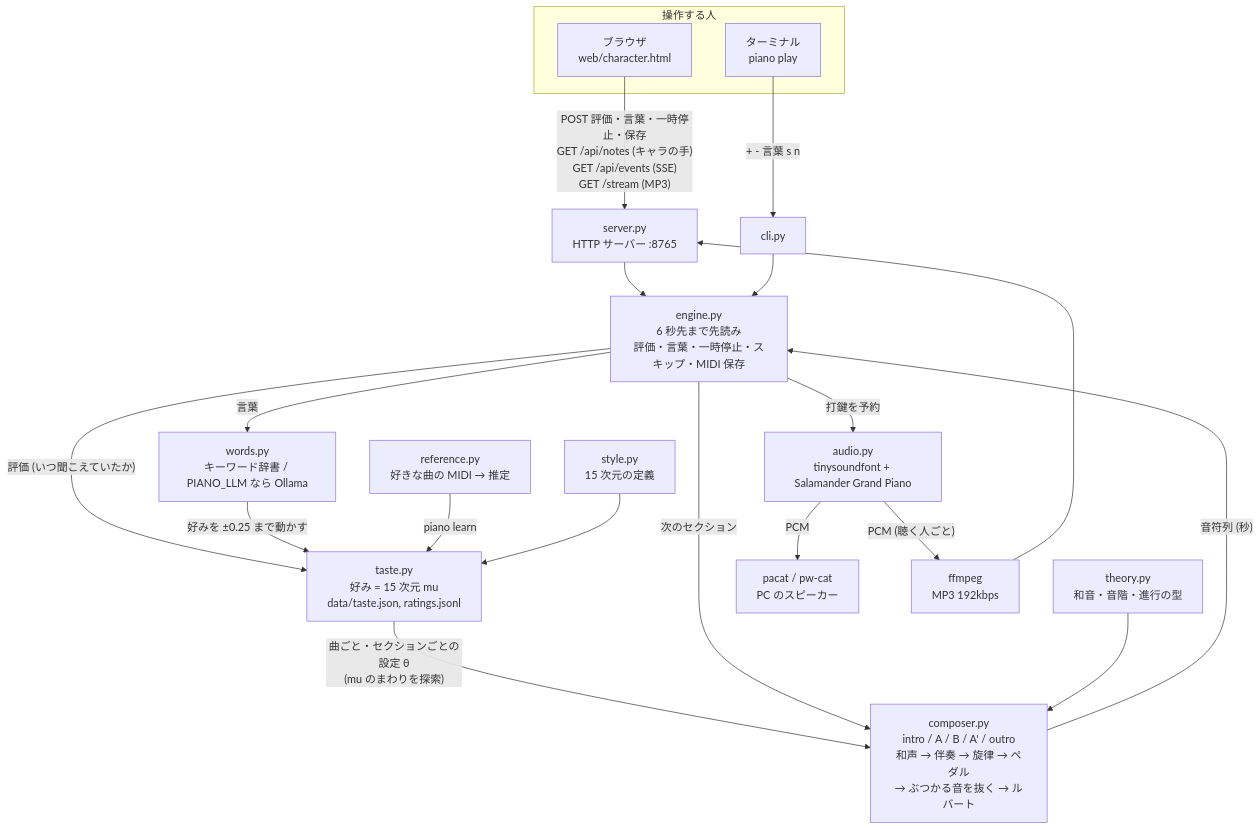
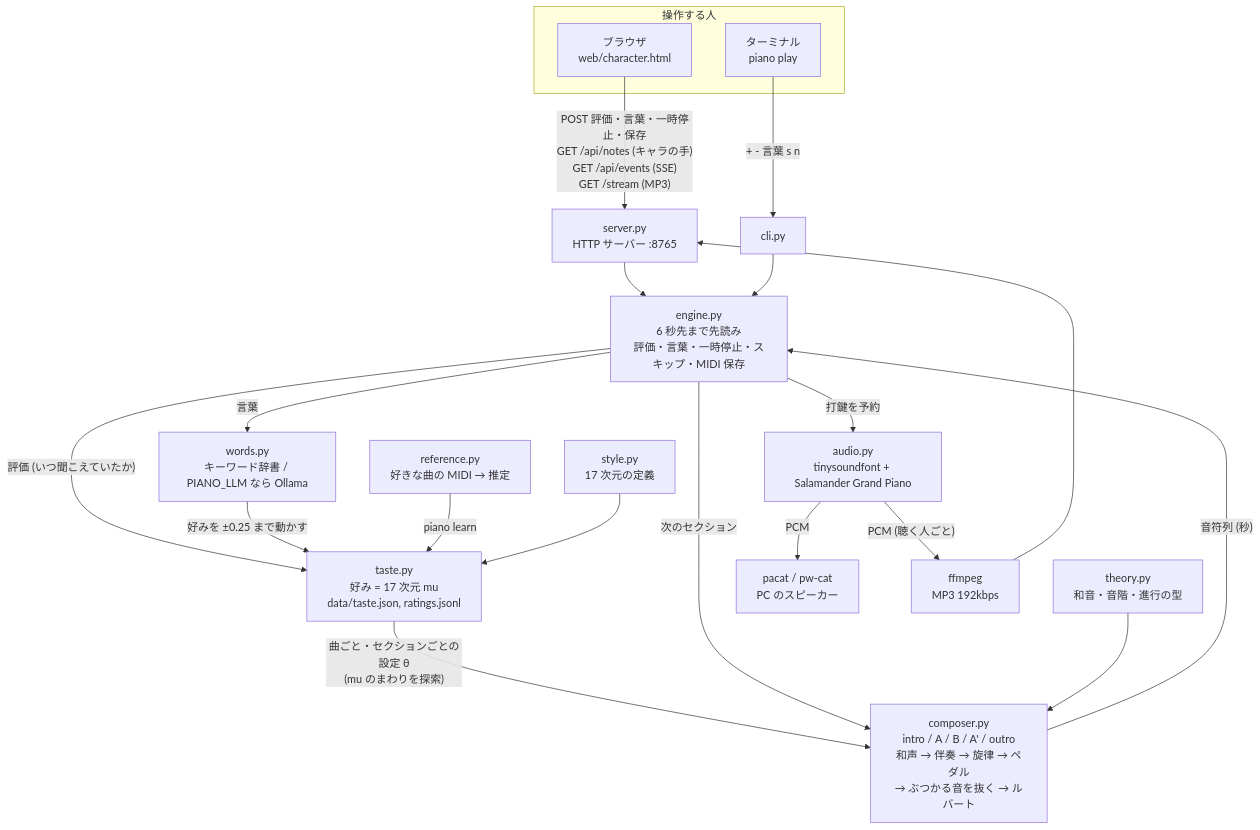
The diagram in docs/architecture.md (oyako-li/piano-improv), drawn with Mermaid before and after one commit. The commit also changed other lines of this file and 30 other files, not shown here.

````diff
--- a/docs/architecture.md
+++ b/docs/architecture.md
@@ -5,32 +5,32 @@
 ```mermaid
 flowchart TD
     subgraph U["操作する人"]
         B["ブラウザ<br/>web/character.html"]
         T["ターミナル<br/>piano play"]
     end
 
     B -- "POST 評価・言葉・一時停止・保存<br/>GET /api/notes (キャラの手)<br/>GET /api/events (SSE)<br/>GET /stream (MP3)" --> S["server.py<br/>HTTP サーバー :8765"]
     T -- "+ - 言葉 s n" --> C["cli.py"]
     S --> E
     C --> E
 
     E["engine.py<br/>6 秒先まで先読み<br/>評価・言葉・一時停止・スキップ・MIDI 保存"]
 
     E -- "評価 (いつ聞こえていたか)" --> TA
     E -- "言葉" --> W["words.py<br/>キーワード辞書 / PIANO_LLM なら Ollama"]
     W -- "好みを ±0.25 まで動かす" --> TA
     R["reference.py<br/>好きな曲の MIDI → 推定"] -- "piano learn" --> TA
 
-    TA["taste.py<br/>好み = 15 次元 mu<br/>data/taste.json, ratings.jsonl"]
+    TA["taste.py<br/>好み = 17 次元 mu<br/>data/taste.json, ratings.jsonl"]
     TA -- "曲ごと・セクションごとの設定 θ<br/>(mu のまわりを探索)" --> CO
 
     E -- "次のセクション" --> CO["composer.py<br/>intro / A / B / A' / outro<br/>和声 → 伴奏 → 旋律 → ペダル<br/>→ ぶつかる音を抜く → ルバート"]
     TH["theory.py<br/>和音・音階・進行の型"] --> CO
-    ST["style.py<br/>15 次元の定義"] --> TA
+    ST["style.py<br/>17 次元の定義"] --> TA
     CO -- "音符列 (秒)" --> E
 
     E -- "打鍵を予約" --> A["audio.py<br/>tinysoundfont + Salamander Grand Piano"]
     A -- "PCM" --> SP["pacat / pw-cat<br/>PC のスピーカー"]
     A -- "PCM (聴く人ごと)" --> FF["ffmpeg<br/>MP3 192kbps"]
     FF --> S
 ```
````
